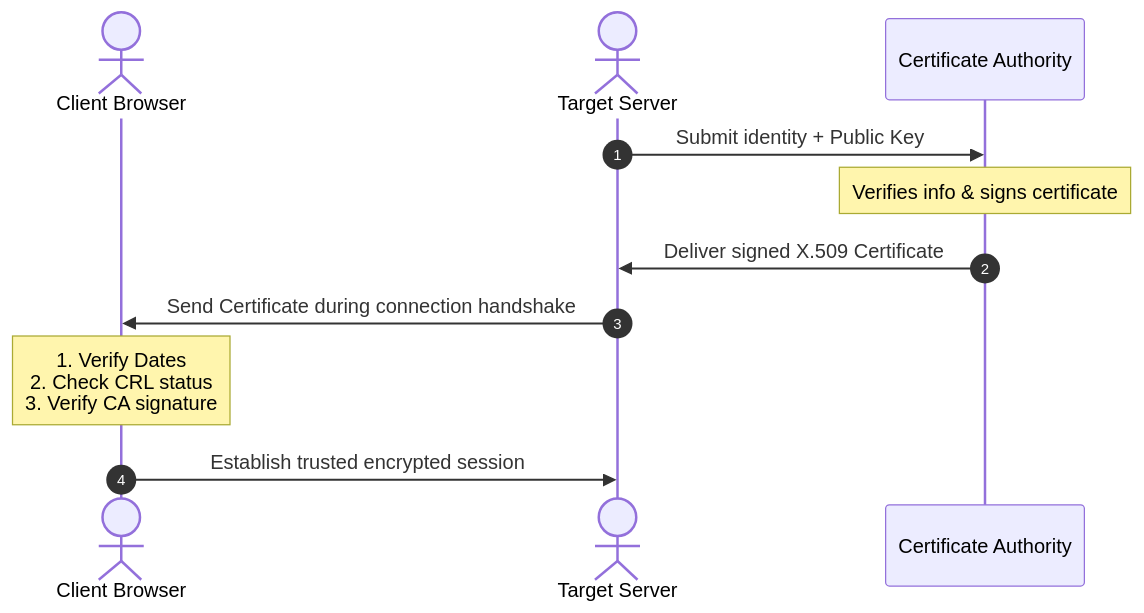
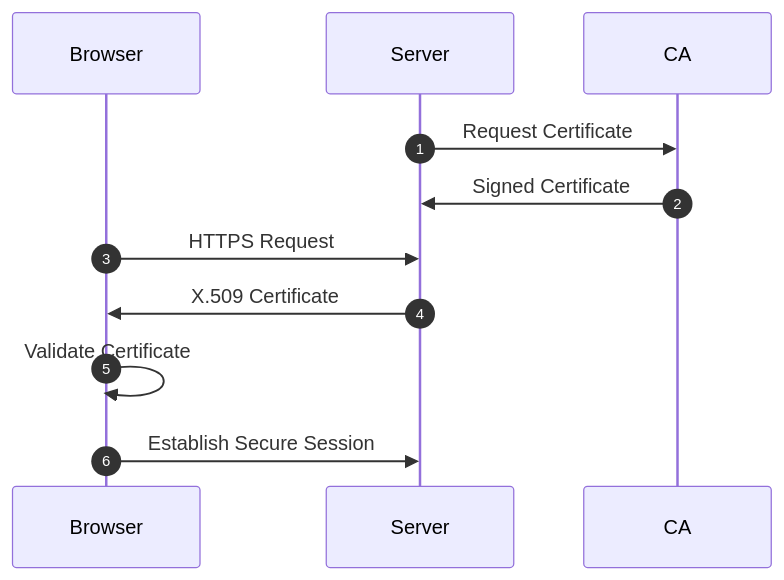
Before and after one commit to namaewafaisal/Obsidian_Vault: the fourth of 4 diagrams in 03-Academics/Network_Security/X.509.md, drawn with Mermaid. The commit also changed other lines of this file and 4 other files, not shown here.

````diff
--- a/03-Academics/Network_Security/X.509.md
+++ b/03-Academics/Network_Security/X.509.md
@@ -75,14 +356,20 @@
-```mermaid
+```mermaid id="cf0i7r"
 sequenceDiagram
     autonumber
-    actor Browser as Client Browser
-    actor Server as Target Server
-    participant CA as Certificate Authority
-    
-    Server->>CA: Submit identity + Public Key
-    Note over CA: Verifies info & signs certificate
-    CA->>Server: Deliver signed X.509 Certificate
-    Server->>Browser: Send Certificate during connection handshake
-    Note over Browser: 1. Verify Dates<br>2. Check CRL status<br>3. Verify CA signature
-    Browser->>Server: Establish trusted encrypted session
+
+    participant Browser
+    participant Server
+    participant CA
+
+    Server->>CA: Request Certificate
+
+    CA->>Server: Signed Certificate
+
+    Browser->>Server: HTTPS Request
+
+    Server->>Browser: X.509 Certificate
+
+    Browser->>Browser: Validate Certificate
+
+    Browser->>Server: Establish Secure Session
 ```
````
